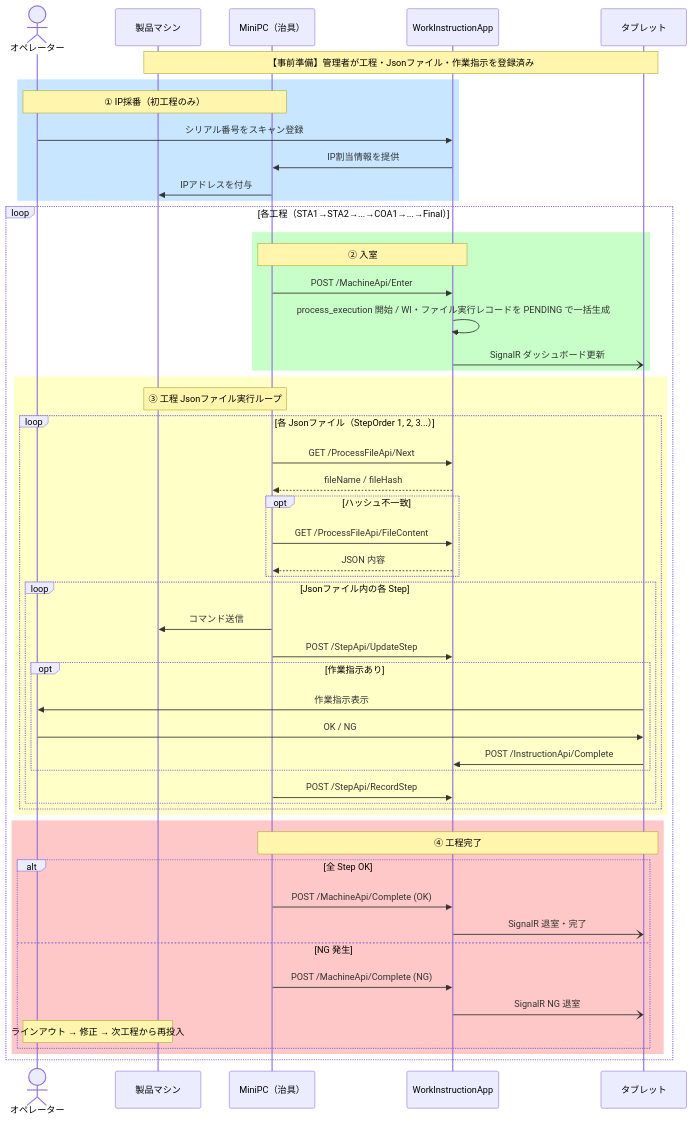
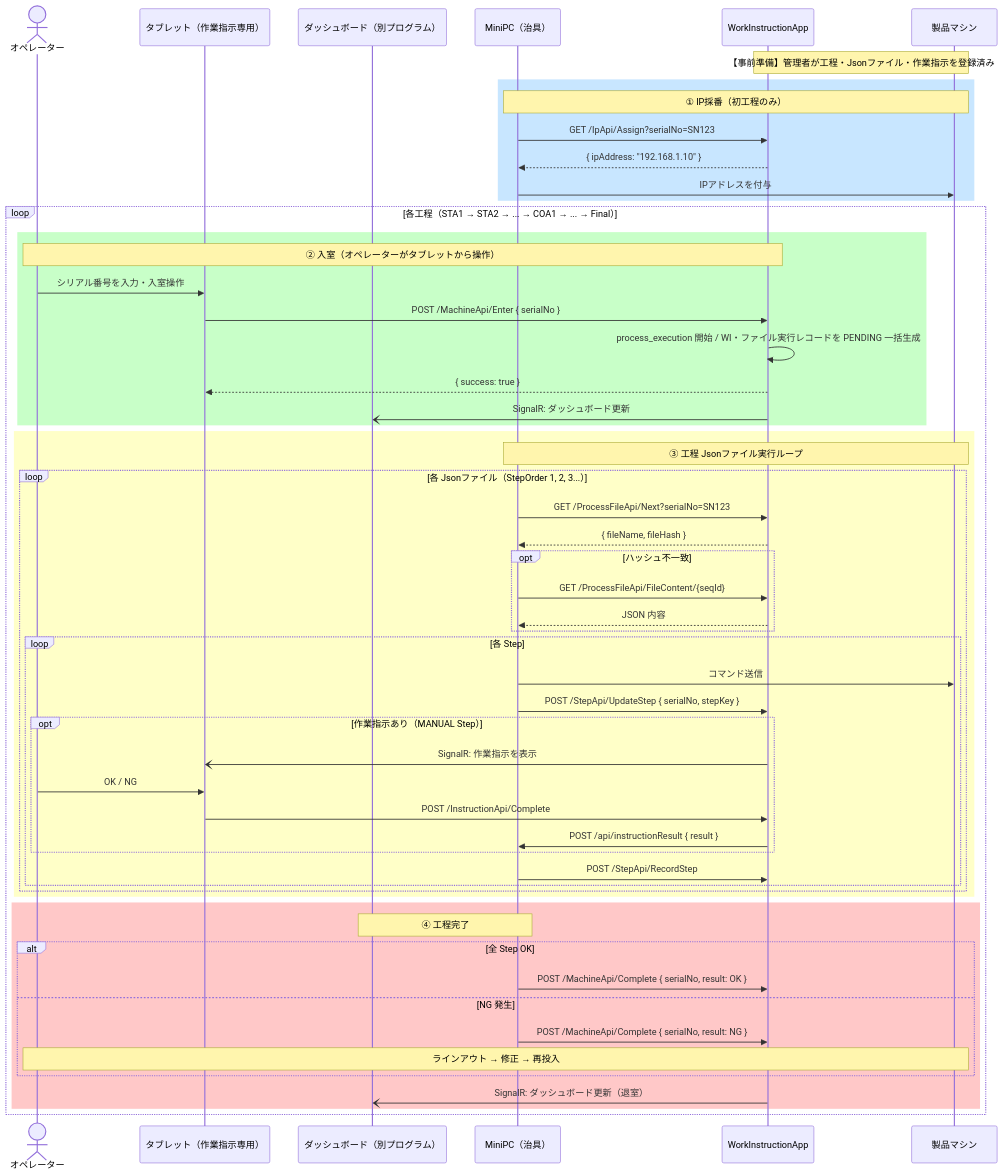
One commit to namagi14-lab/spica-warranty-design changed the first of 9 diagrams in docs/07_system_design.md. Above: the diagram before and after it, drawn with Mermaid. The commit also changed other lines of this file, not shown here.

Commit message:
docs: システム設計書を修正（入室・IP採番・作業指示フローを実態に合わせて更新）

````diff
--- a/docs/07_system_design.md
+++ b/docs/07_system_design.md
@@ -26,60 +29,64 @@
 ```mermaid
 sequenceDiagram
     actor Op as オペレーター
-    participant Machine as 製品マシン
+    participant Tablet as タブレット（作業指示専用）
+    participant Dash as ダッシュボード（別プログラム）
     participant MiniPC as MiniPC（治具）
     participant App as WorkInstructionApp
-    participant Tablet as タブレット
+    participant Machine as 製品マシン
 
-    Note over Machine,Tablet: 【事前準備】管理者が工程・Jsonファイル・作業指示を登録済み
+    Note over App,Machine: 【事前準備】管理者が工程・Jsonファイル・作業指示を登録済み
 
     rect rgb(200,230,255)
-        Note over Op,MiniPC: ① IP採番（初工程のみ）
-        Op->>App: シリアル番号をスキャン登録
-        App->>MiniPC: IP割当情報を提供
+        Note over MiniPC,Machine: ① IP採番（初工程のみ）
+        MiniPC->>App: GET /IpApi/Assign?serialNo=SN123
+        App-->>MiniPC: { ipAddress: "192.168.1.10" }
         MiniPC->>Machine: IPアドレスを付与
     end
 
-    loop 各工程（STA1→STA2→...→COA1→...→Final）
+    loop 各工程（STA1 → STA2 → ... → COA1 → ... → Final）
+
         rect rgb(200,255,200)
-            Note over MiniPC,App: ② 入室
-            MiniPC->>App: POST /MachineApi/Enter
-            App->>App: process_execution 開始 / WI・ファイル実行レコードを PENDING で一括生成
-            App-)Tablet: SignalR ダッシュボード更新
+            Note over Op,App: ② 入室（オペレーターがタブレットから操作）
+            Op->>Tablet: シリアル番号を入力・入室操作
+            Tablet->>App: POST /MachineApi/Enter { serialNo }
+            App->>App: process_execution 開始 / WI・ファイル実行レコードを PENDING 一括生成
+            App-->>Tablet: { success: true }
+            App-)Dash: SignalR: ダッシュボード更新
         end
 
         rect rgb(255,255,200)
             Note over MiniPC,Machine: ③ 工程 Jsonファイル実行ループ
             loop 各 Jsonファイル（StepOrder 1, 2, 3...）
-                MiniPC->>App: GET /ProcessFileApi/Next
-                App-->>MiniPC: fileName / fileHash
+                MiniPC->>App: GET /ProcessFileApi/Next?serialNo=SN123
+                App-->>MiniPC: { fileName, fileHash }
                 opt ハッシュ不一致
-                    MiniPC->>App: GET /ProcessFileApi/FileContent
+                    MiniPC->>App: GET /ProcessFileApi/FileContent/{seqId}
                     App-->>MiniPC: JSON 内容
                 end
-                loop Jsonファイル内の各 Step
+                loop 各 Step
                     MiniPC->>Machine: コマンド送信
-                    MiniPC->>App: POST /StepApi/UpdateStep
-                    opt 作業指示あり
-                        Tablet->>Op: 作業指示表示
+                    MiniPC->>App: POST /StepApi/UpdateStep { serialNo, stepKey }
+                    opt 作業指示あり（MANUAL Step）
+                        App-)Tablet: SignalR: 作業指示を表示
                         Op->>Tablet: OK / NG
                         Tablet->>App: POST /InstructionApi/Complete
+                        App->>MiniPC: POST /api/instructionResult { result }
                     end
                     MiniPC->>App: POST /StepApi/RecordStep
                 end
             end
         end
 
         rect rgb(255,200,200)
-            Note over MiniPC,Tablet: ④ 工程完了
+            Note over MiniPC,Dash: ④ 工程完了
             alt 全 Step OK
-                MiniPC->>App: POST /MachineApi/Complete (OK)
-                App-)Tablet: SignalR 退室・完了
+                MiniPC->>App: POST /MachineApi/Complete { serialNo, result: OK }
             else NG 発生
-                MiniPC->>App: POST /MachineApi/Complete (NG)
-                App-)Tablet: SignalR NG 退室
-                Note over Op,Machine: ラインアウト → 修正 → 次工程から再投入
+                MiniPC->>App: POST /MachineApi/Complete { serialNo, result: NG }
+                Note over Op,Machine: ラインアウト → 修正 → 再投入
             end
+            App-)Dash: SignalR: ダッシュボード更新（退室）
         end
     end
 ```
````
